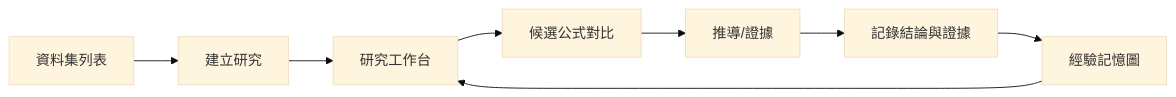
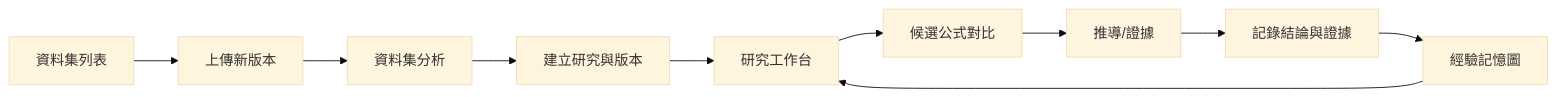
The second of 2 diagrams in docs/企劃案/08-前端UX/24-畫面線框與互動流程.md (lovenovel0618/AXIOM), drawn with Mermaid (base theme) before and after one commit. The commit also changed other lines of this file and 140 other files, not shown here.

````diff
--- a/docs/企劃案/08-前端UX/24-畫面線框與互動流程.md
+++ b/docs/企劃案/08-前端UX/24-畫面線框與互動流程.md
@@ -53,12 +61,14 @@
 ```mermaid
 
 flowchart LR
- A[資料集列表] --> B[建立研究]
- B --> C[研究工作台]
- C --> D[候選公式對比]
- D --> E[推導/證據]
- E --> F[記錄結論與證據]
- F --> G[經驗記憶圖]
- G --> C
+ A[資料集列表] --> B[上傳新版本]
+ B --> C[資料集分析]
+ C --> D[建立研究與版本]
+ D --> E[研究工作台]
+ E --> F[候選公式對比]
+ F --> G[推導/證據]
+ G --> H[記錄結論與證據]
+ H --> I[經驗記憶圖]
+ I --> E
 
 ```
````
